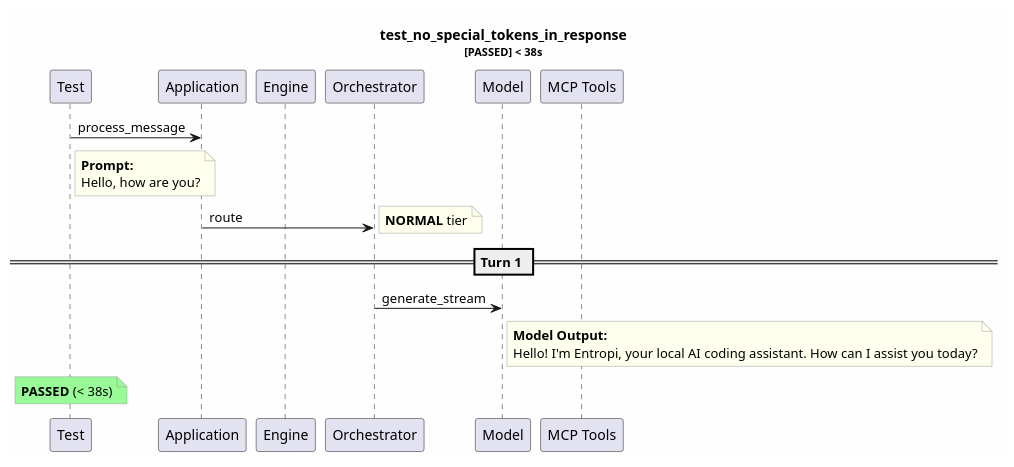
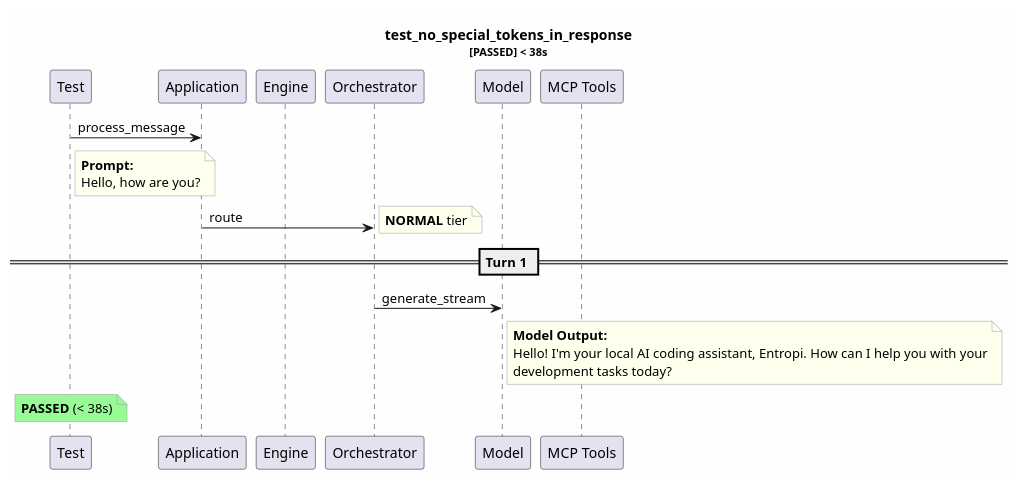
The diagram in test-reports/logs/test_no_special_tokens_in_response/test_no_special_tokens_in_response.puml (tvanfossen/entropic), drawn with PlantUML before and after one commit. The commit also changed 56 other files, not shown here.

```diff
--- a/test-reports/logs/test_no_special_tokens_in_response/test_no_special_tokens_in_response.puml
+++ b/test-reports/logs/test_no_special_tokens_in_response/test_no_special_tokens_in_response.puml
@@ -1,31 +1,32 @@
 @startuml
 skinparam backgroundColor #FEFEFE
 skinparam noteBorderColor #999999
 skinparam noteBackgroundColor #FFFFEE
 title test_no_special_tokens_in_response\n<size:11>[PASSED] < 38s</size>
 
 participant "Test" as T
 participant "Application" as App
 participant "Engine" as Eng
 participant "Orchestrator" as Orch
 participant "Model" as Mdl
 participant "MCP Tools" as MCP
 
 T -> App: process_message
 note right of T
   **Prompt:**
   Hello, how are you?
 end note
 App -> Orch: route
 note right: **NORMAL** tier
 == Turn 1 ==
 Orch -> Mdl: generate_stream
 note right of Mdl
   **Model Output:**
-  Hello! I'm Entropi, your local AI coding assistant. How can I assist you today?
+  Hello! I'm your local AI coding assistant, Entropi. How can I help you with your
+  development tasks today?
 end note
 note over T #palegreen
   **PASSED** (< 38s)
 end note
 
 @enduml
```
